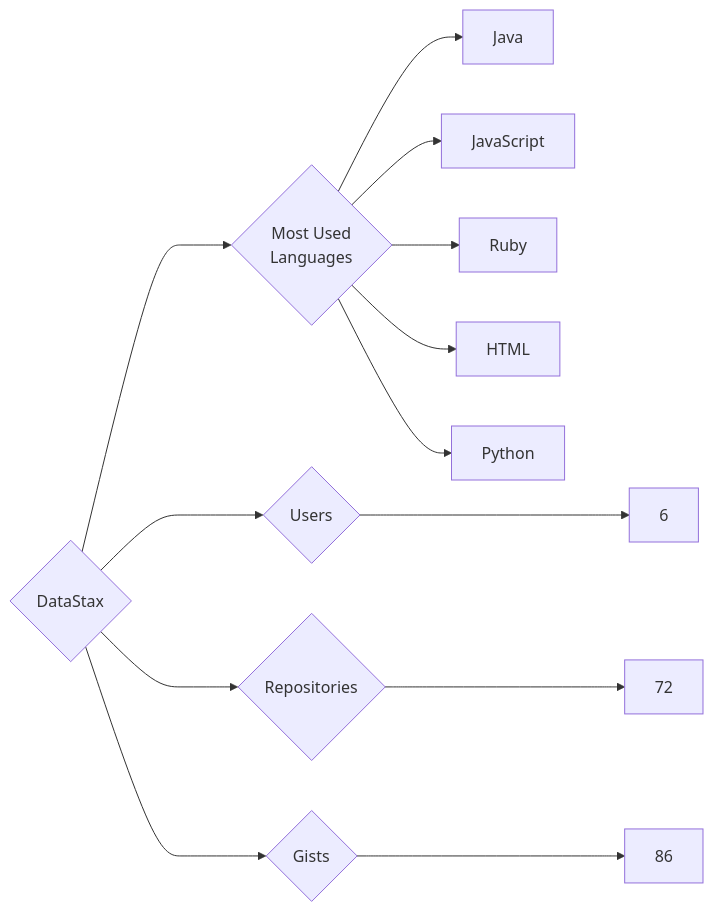
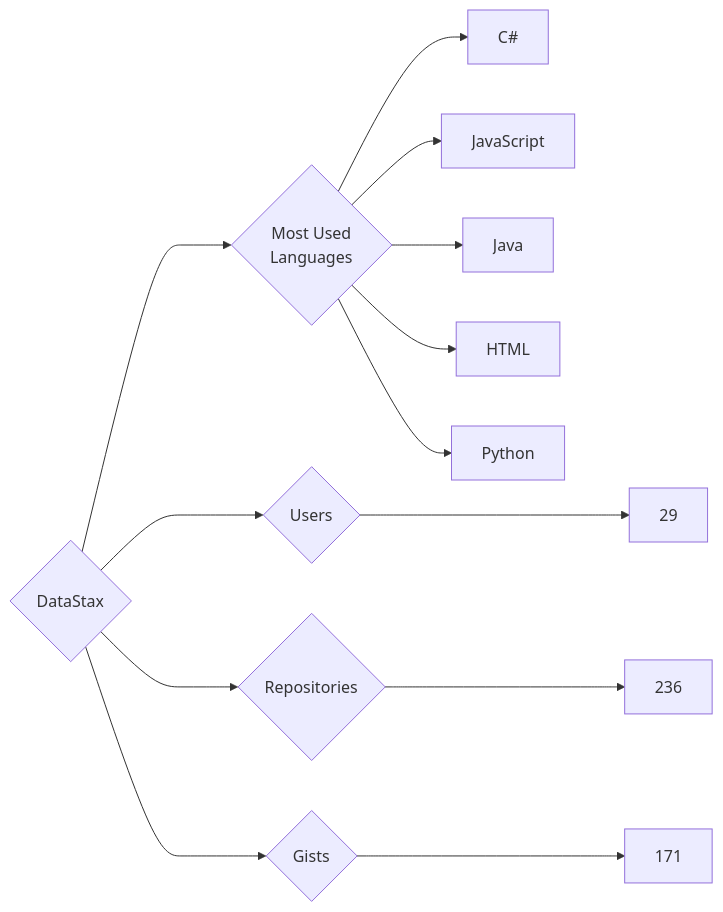
One commit to trickest/insiders changed the diagram in targets/DataStax/README.md. Above: the diagram before and after it, drawn with Mermaid. The commit also changed 814 other files, not shown here.

````diff
--- a/targets/DataStax/README.md
+++ b/targets/DataStax/README.md
@@ -3,13 +3,13 @@
 ```mermaid
 graph LR
 COMPANY_NAME{DataStax}
-COMPANY_NAME ---> U{Users} ---> UN[6]
-COMPANY_NAME ---> R{Repositories} ---> RN[72]
-COMPANY_NAME ---> G{Gists} ---> GN[86]
+COMPANY_NAME ---> U{Users} ---> UN[29]
+COMPANY_NAME ---> R{Repositories} ---> RN[236]
+COMPANY_NAME ---> G{Gists} ---> GN[171]
 COMPANY_NAME ---> ML{Most Used<br>Languages}
+ML --> C#[C#]
+ML --> JavaScript[JavaScript]
 ML --> Java[Java]
-ML --> JavaScript[JavaScript]
-ML --> Ruby[Ruby]
 ML --> HTML[HTML]
 ML --> Python[Python]
 ```
````
